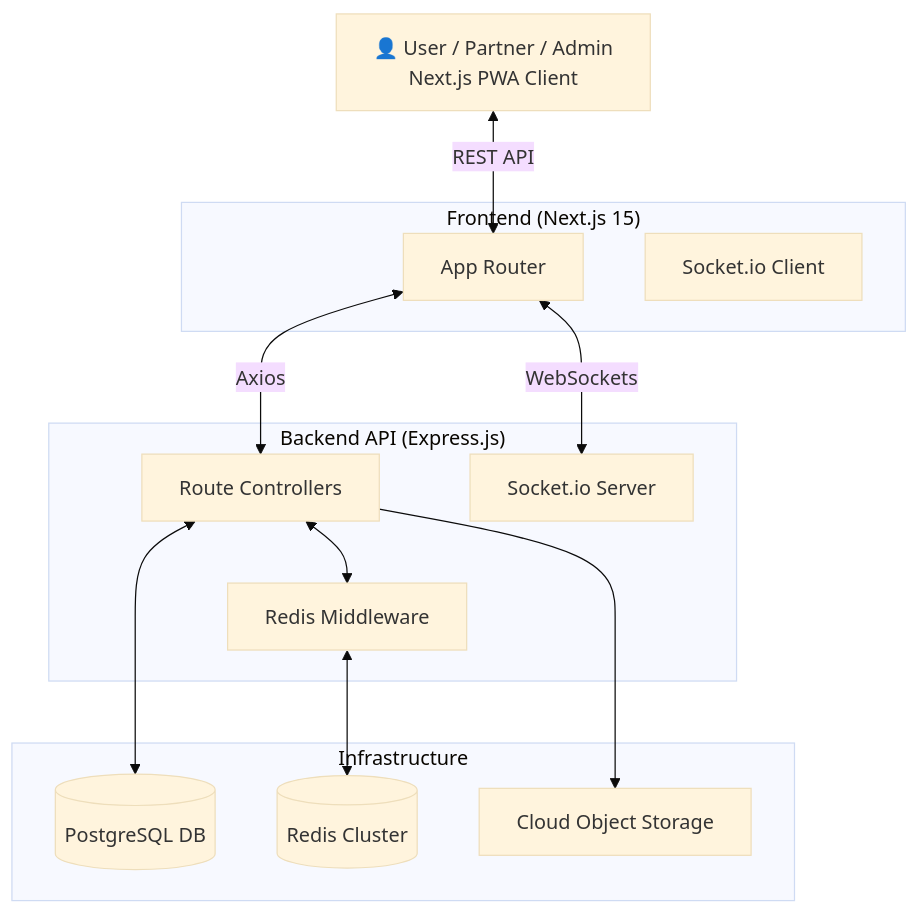
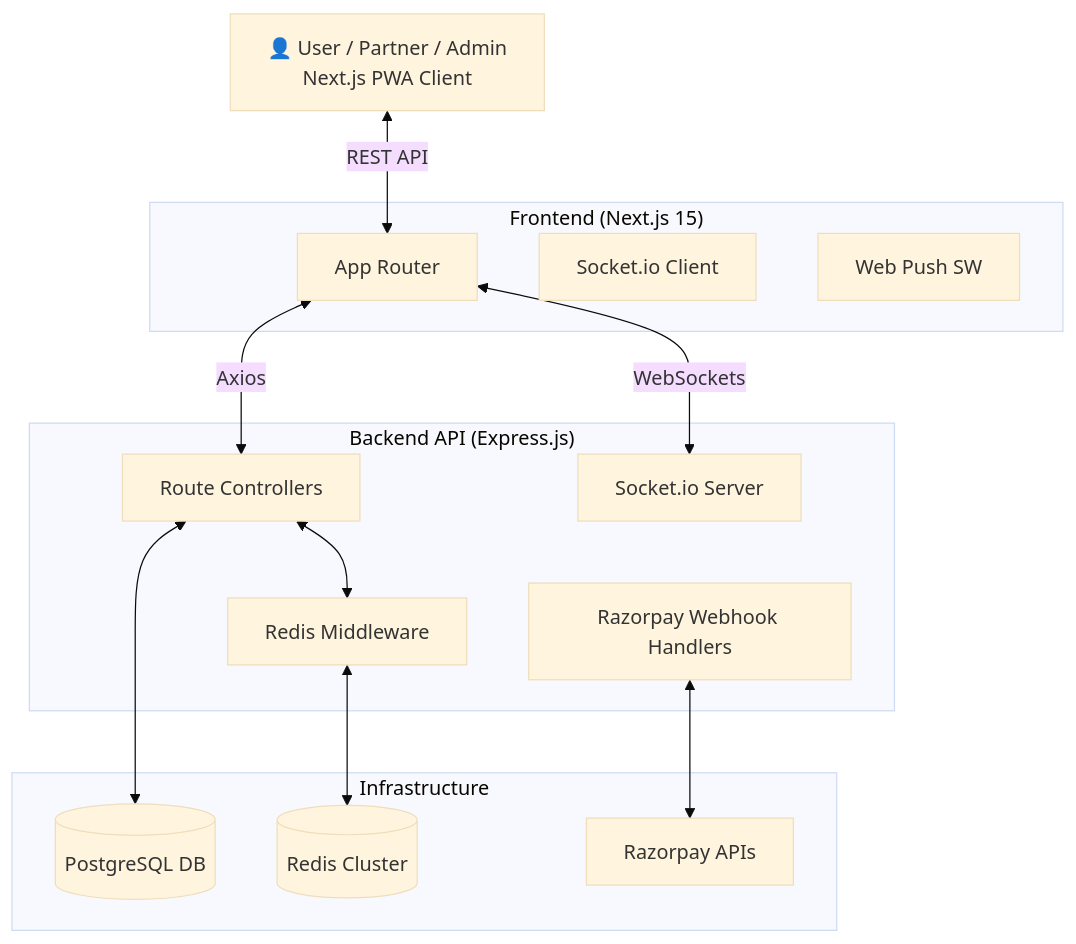
One commit to mijanur1314/cleanride changed the diagram in README.md. Above: the diagram before and after it, drawn with Mermaid (base theme). The commit also changed other lines of this file and 25 other files, not shown here.

Commit message:
feat: implement service add-ons management, subscription handling, and push notification infrastructure

````diff
--- a/README.md
+++ b/README.md
@@ -99,30 +98,33 @@
 ```mermaid
 graph TD
     UserClient[👤 User / Partner / Admin\nNext.js PWA Client]
 
     subgraph "Frontend (Next.js 15)"
     NextJS[App Router]
     SocketClient[Socket.io Client]
+    ServiceWorker[Web Push SW]
     end
 
     subgraph "Backend API (Express.js)"
     Controllers[Route Controllers]
+    Webhooks[Razorpay Webhook Handlers]
     SocketServer[Socket.io Server]
     RedisCache[Redis Middleware]
     end
 
     subgraph "Infrastructure"
     PostgreSQL[(PostgreSQL DB)]
     Redis[(Redis Cluster)]
-    SupabaseStorage[Cloud Object Storage]
+    External[Razorpay APIs]
     end
 
     UserClient <-->|REST API| NextJS
     NextJS <-->|Axios| Controllers
     NextJS <-->|WebSockets| SocketServer
     
     Controllers <--> RedisCache
     RedisCache <--> Redis
     Controllers <--> PostgreSQL
-    Controllers --> SupabaseStorage
+    
+    Webhooks <--> External
 ```
````
